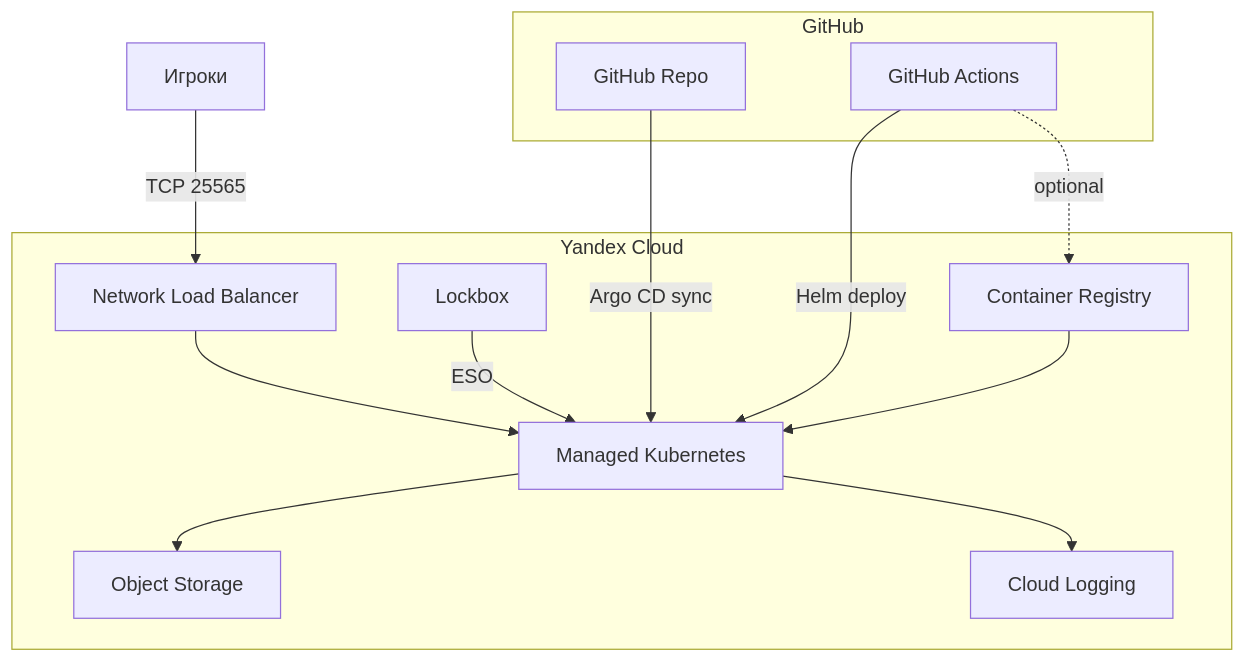
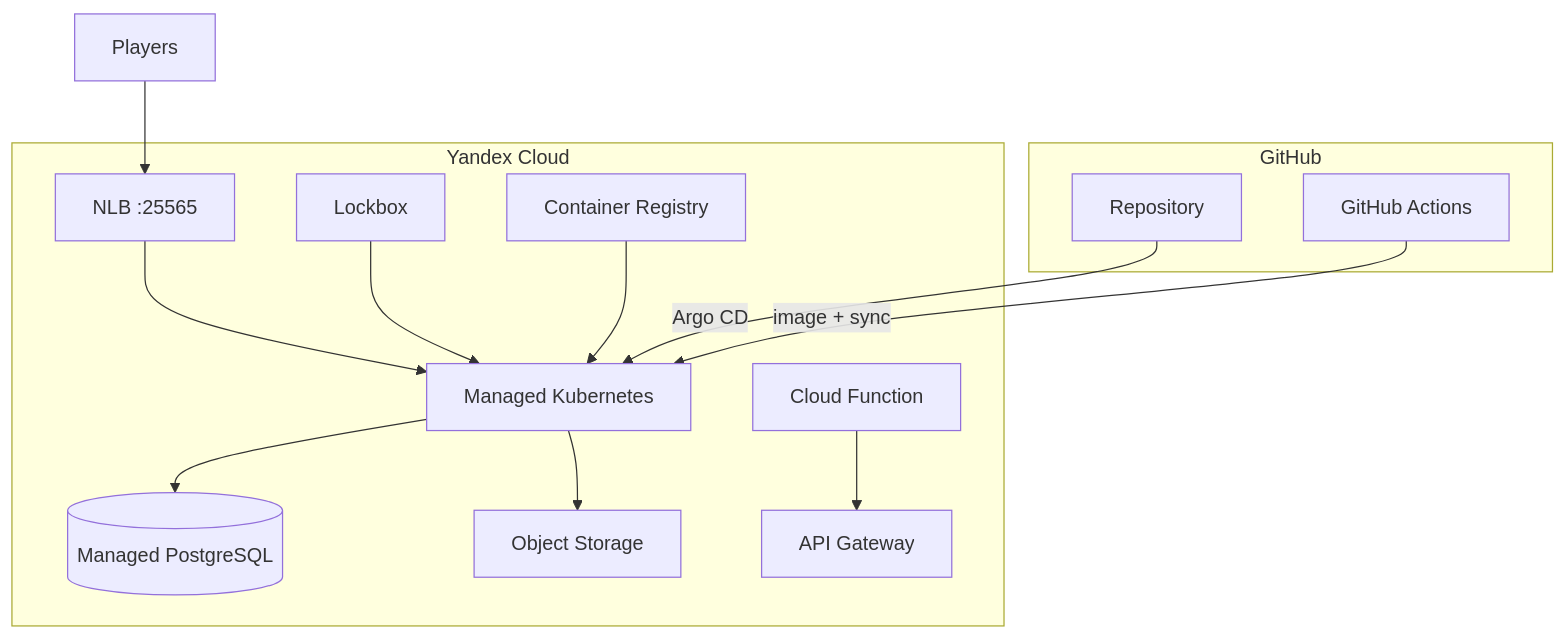
One commit to L3xu5/minecraft-yc-devops changed the diagram in README.md. Above: the diagram before and after it, drawn with Mermaid. The commit also changed other lines of this file and 51 other files, not shown here.

First line of the commit message:
Complete platform: PostgreSQL, Velero, API Gateway, GitOps app-of-apps.

````diff
--- a/README.md
+++ b/README.md
@@ -25,27 +27,27 @@
 ```mermaid
 flowchart TB
   subgraph GitHub
-    Repo[GitHub Repo]
+    Repo[Repository]
     GHA[GitHub Actions]
   end
 
-  subgraph YandexCloud["Yandex Cloud"]
+  subgraph YC[Yandex Cloud]
     MK8s[Managed Kubernetes]
-    NLB[Network Load Balancer]
+    NLB[NLB :25565]
+    PG[(Managed PostgreSQL)]
+    S3[Object Storage]
     Lockbox[Lockbox]
-    S3[Object Storage]
-    Logging[Cloud Logging]
+    CF[Cloud Function]
+    APIGW[API Gateway]
     YCR[Container Registry]
   end
 
-  Players[Игроки] -->|TCP 25565| NLB
-  NLB --> MK8s
+  Players --> NLB --> MK8s
   MK8s --> S3
-  Lockbox -->|ESO| MK8s
-  MK8s --> Logging
-
-  Repo -->|Argo CD sync| MK8s
-  GHA -->|Helm deploy| MK8s
-  GHA -.->|optional| YCR
+  MK8s --> PG
+  Lockbox --> MK8s
+  CF --> APIGW
   YCR --> MK8s
+  Repo -->|Argo CD| MK8s
+  GHA -->|image + sync| MK8s
 ```
````
